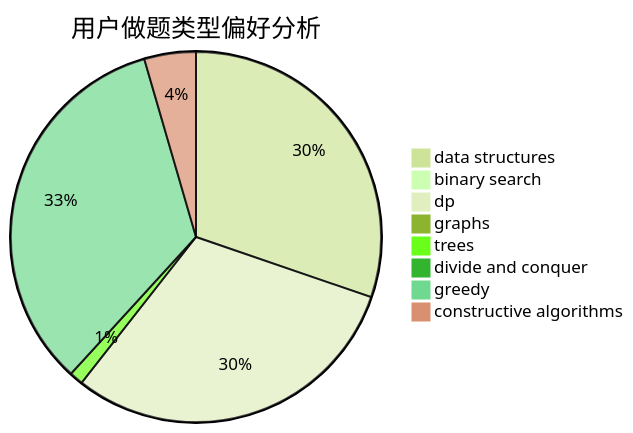
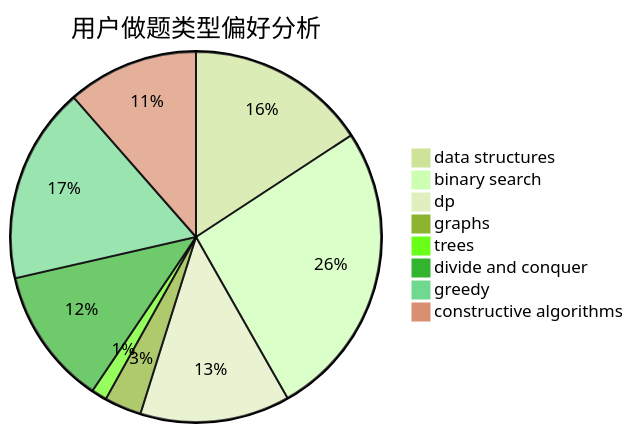
The second of 3 diagrams in docs/user/u1012.md (sherpahu/cfrs.github.io), drawn with Mermaid (forest theme) before and after one commit. The commit also changed other lines of this file and 2770 other files, not shown here.

````diff
--- a/docs/user/u1012.md
+++ b/docs/user/u1012.md
@@ -23,11 +23,11 @@
 ```mermaid
 pie title 用户做题类型偏好分析
-    "data structures" :  430
-    "binary search" :  4
-    "dp" :  431
-    "graphs" :  6
-    "trees" :  17
-    "divide and conquer" :  0
-    "greedy" :  479
-    "constructive algorithms" :  64
+    "data structures" :  117
+    "binary search" :  193
+    "dp" :  97
+    "graphs" :  24
+    "trees" :  10
+    "divide and conquer" :  89
+    "greedy" :  127
+    "constructive algorithms" :  85
 ```
````
